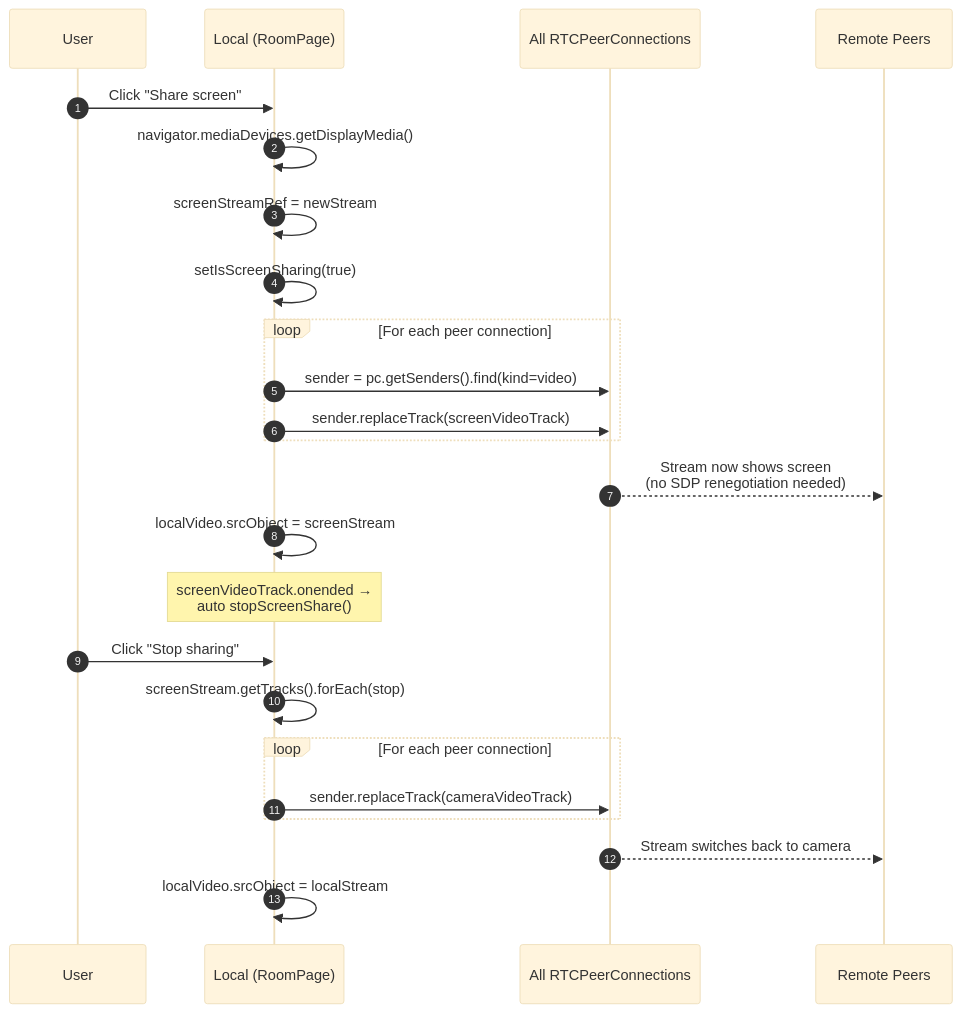
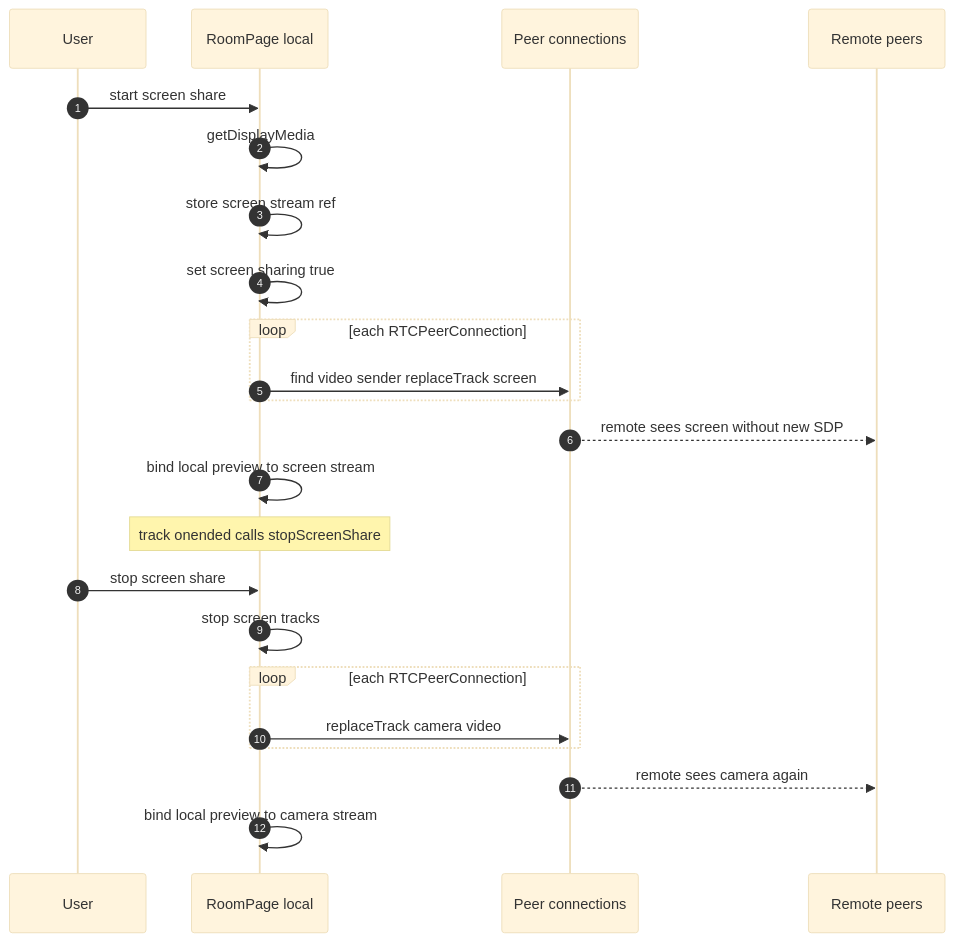
The seventh of 11 diagrams in README.md (subhm2004/NexusRTC-Real-Time-Multi-Peer-Communication), drawn with Mermaid (base theme) before and after one commit. The commit also changed other lines of this file, not shown here.

````diff
--- a/README.md
+++ b/README.md
@@ -418,30 +415,29 @@
 ```mermaid
 sequenceDiagram
   autonumber
   participant U as User
-  participant L as Local (RoomPage)
-  participant PCs as All RTCPeerConnections
-  participant R as Remote Peers
+  participant L as RoomPage local
+  participant PCs as Peer connections
+  participant R as Remote peers
 
-  U->>L: Click "Share screen"
-  L->>L: navigator.mediaDevices.getDisplayMedia()
-  L->>L: screenStreamRef = newStream
-  L->>L: setIsScreenSharing(true)
+  U->>L: start screen share
+  L->>L: getDisplayMedia
+  L->>L: store screen stream ref
+  L->>L: set screen sharing true
 
-  loop For each peer connection
-    L->>PCs: sender = pc.getSenders().find(kind=video)
-    L->>PCs: sender.replaceTrack(screenVideoTrack)
+  loop each RTCPeerConnection
+    L->>PCs: find video sender replaceTrack screen
   end
-  PCs-->>R: Stream now shows screen<br/>(no SDP renegotiation needed)
+  PCs-->>R: remote sees screen without new SDP
 
-  L->>L: localVideo.srcObject = screenStream
-  Note over L: screenVideoTrack.onended →<br/>auto stopScreenShare()
+  L->>L: bind local preview to screen stream
+  Note over L: track onended calls stopScreenShare
 
-  U->>L: Click "Stop sharing"
-  L->>L: screenStream.getTracks().forEach(stop)
-  loop For each peer connection
-    L->>PCs: sender.replaceTrack(cameraVideoTrack)
+  U->>L: stop screen share
+  L->>L: stop screen tracks
+  loop each RTCPeerConnection
+    L->>PCs: replaceTrack camera video
   end
-  PCs-->>R: Stream switches back to camera
-  L->>L: localVideo.srcObject = localStream
+  PCs-->>R: remote sees camera again
+  L->>L: bind local preview to camera stream
 ```
````
